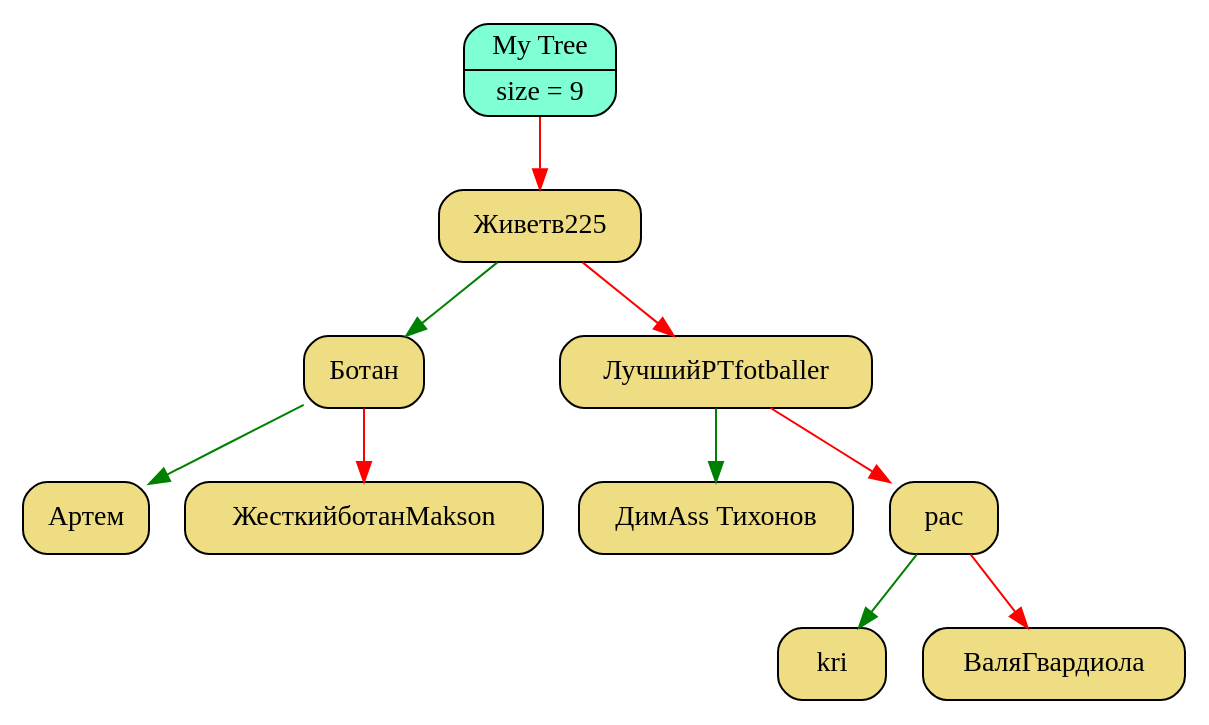
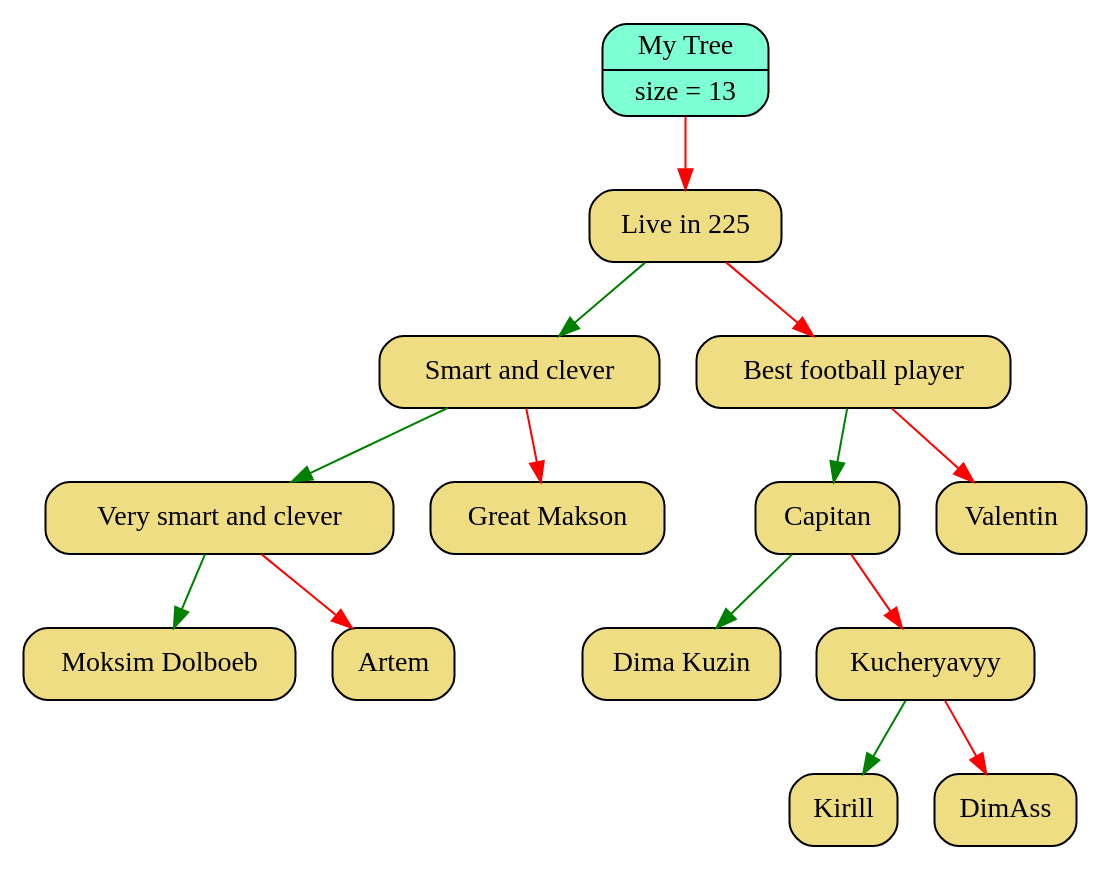
Before and after one commit to Pelmeshka127/Akinator: the diagram in graphics/graph.dot, drawn with Graphviz. The commit also changed 18 other files, not shown here.

```diff
--- a/graphics/graph.dot
+++ b/graphics/graph.dot
@@ -1,25 +1,33 @@
 digraph Tree
 {
    rankdir = HR;
    node[fontsize=14];
    edge[color="black",fontcolor="blue",fontsize=12];
-   tree[shape = Mrecord, style = filled, fillcolor = "aquamarine", label = "{My Tree | size = 9}"];
-   "0x104c00c10"[shape = Mrecord, style = filled, fillcolor = "lightgoldenrod",   label = " <value> Живет в 225"];
-  "0x104c00c10" -> "0x104c00bd0" [color = "green"];
-  "0x104c00c10" -> "0x104c00b10" [color = "red"];
-   "0x104c00bd0"[shape = Mrecord, style = filled, fillcolor = "lightgoldenrod",   label = " <value> Ботан"];
-  "0x104c00bd0" -> "0x104c00b90" [color = "green"];
-  "0x104c00bd0" -> "0x104c00b50" [color = "red"];
-   "0x104c00b90"[shape = Mrecord, style = filled, fillcolor = "lightgoldenrod",   label = " <value> Артем"];
-   "0x104c00b50"[shape = Mrecord, style = filled, fillcolor = "lightgoldenrod",   label = " <value> Жесткий ботан Makson"];
-   "0x104c00b10"[shape = Mrecord, style = filled, fillcolor = "lightgoldenrod",   label = " <value> Лучший РТ fotballer"];
-  "0x104c00b10" -> "0x104c00ad0" [color = "green"];
-  "0x104c00b10" -> "0x104c00a90" [color = "red"];
-   "0x104c00ad0"[shape = Mrecord, style = filled, fillcolor = "lightgoldenrod",   label = " <value> ДимAss Тихонов"];
-   "0x104c00a90"[shape = Mrecord, style = filled, fillcolor = "lightgoldenrod",   label = " <value> pac"];
-  "0x104c00a90" -> "0x104c00a10" [color = "green"];
-  "0x104c00a90" -> "0x104c00a50" [color = "red"];
-   "0x104c00a10"[shape = Mrecord, style = filled, fillcolor = "lightgoldenrod",   label = " <value> kri"];
-   "0x104c00a50"[shape = Mrecord, style = filled, fillcolor = "lightgoldenrod",   label = " <value> Валя Гвардиола"];
-   tree -> "0x104c00c10" [color = "red"];
+   tree[shape = Mrecord, style = filled, fillcolor = "aquamarine", label = "{My Tree | size = 13}"];
+   "0x106b01d20"[shape = Mrecord, style = filled, fillcolor = "lightgoldenrod",   label = " <value> Live in 225"];
+  "0x106b01d20" -> "0x106b01ca0" [color = "green"];
+  "0x106b01d20" -> "0x106b01b20" [color = "red"];
+   "0x106b01ca0"[shape = Mrecord, style = filled, fillcolor = "lightgoldenrod",   label = " <value> Smart and clever"];
+  "0x106b01ca0" -> "0x106b01c20" [color = "green"];
+  "0x106b01ca0" -> "0x106b01ba0" [color = "red"];
+   "0x106b01c20"[shape = Mrecord, style = filled, fillcolor = "lightgoldenrod",   label = " <value> Very smart and clever"];
+  "0x106b01c20" -> "0x106b01720" [color = "green"];
+  "0x106b01c20" -> "0x106b017a0" [color = "red"];
+   "0x106b01720"[shape = Mrecord, style = filled, fillcolor = "lightgoldenrod",   label = " <value> Moksim Dolboeb"];
+   "0x106b017a0"[shape = Mrecord, style = filled, fillcolor = "lightgoldenrod",   label = " <value> Artem"];
+   "0x106b01ba0"[shape = Mrecord, style = filled, fillcolor = "lightgoldenrod",   label = " <value> Great Makson"];
+   "0x106b01b20"[shape = Mrecord, style = filled, fillcolor = "lightgoldenrod",   label = " <value> Best football player"];
+  "0x106b01b20" -> "0x106b01aa0" [color = "green"];
+  "0x106b01b20" -> "0x106b01820" [color = "red"];
+   "0x106b01aa0"[shape = Mrecord, style = filled, fillcolor = "lightgoldenrod",   label = " <value> Capitan"];
+  "0x106b01aa0" -> "0x106b01a20" [color = "green"];
+  "0x106b01aa0" -> "0x106b019a0" [color = "red"];
+   "0x106b01a20"[shape = Mrecord, style = filled, fillcolor = "lightgoldenrod",   label = " <value> Dima Kuzin"];
+   "0x106b019a0"[shape = Mrecord, style = filled, fillcolor = "lightgoldenrod",   label = " <value> Kucheryavyy"];
+  "0x106b019a0" -> "0x106b01920" [color = "green"];
+  "0x106b019a0" -> "0x106b018a0" [color = "red"];
+   "0x106b01920"[shape = Mrecord, style = filled, fillcolor = "lightgoldenrod",   label = " <value> Kirill"];
+   "0x106b018a0"[shape = Mrecord, style = filled, fillcolor = "lightgoldenrod",   label = " <value> DimAss"];
+   "0x106b01820"[shape = Mrecord, style = filled, fillcolor = "lightgoldenrod",   label = " <value> Valentin"];
+   tree -> "0x106b01d20" [color = "red"];
 }
```
